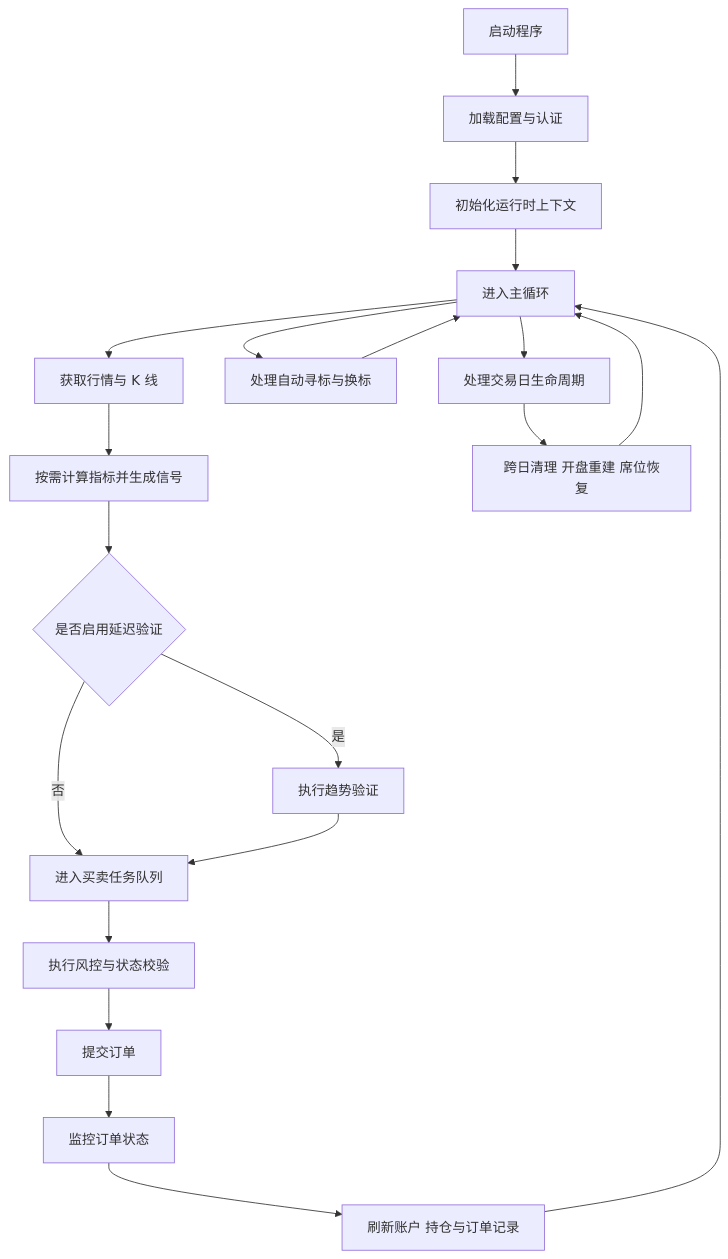
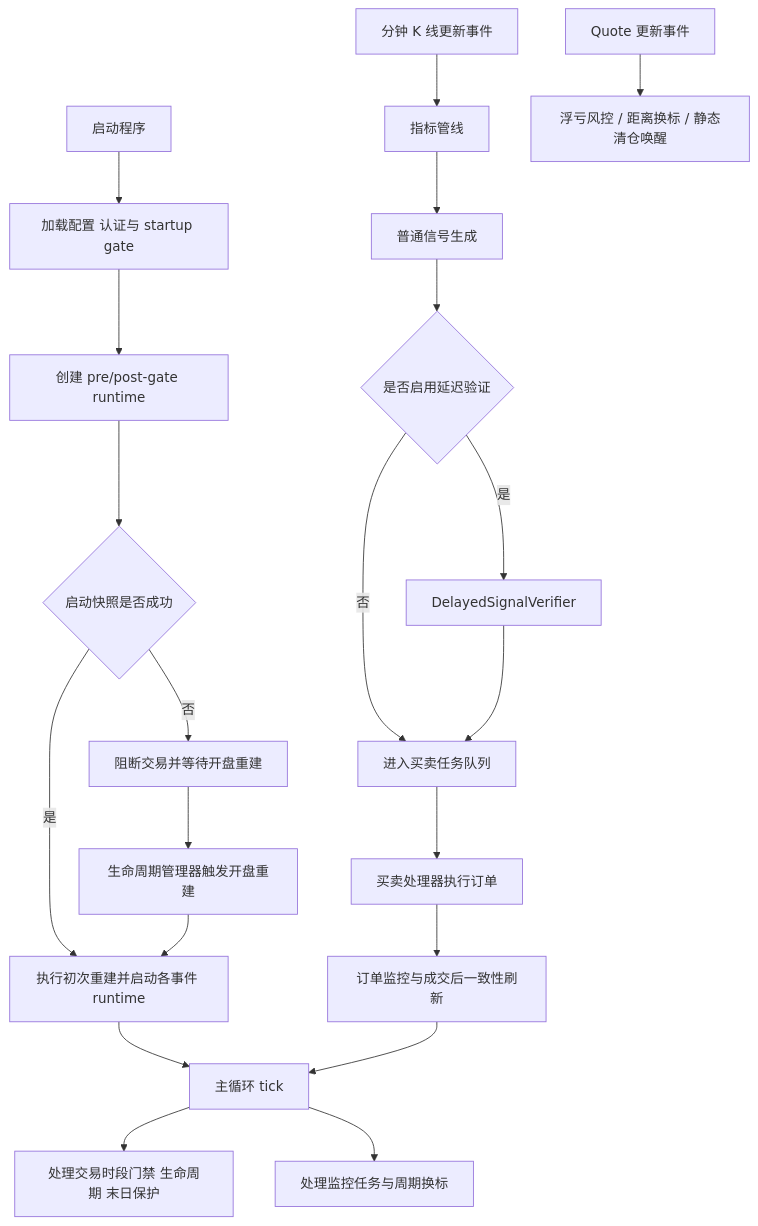
The diagram in README.md (zhengyongjie16/Longbridge-Quantitative-Trading), drawn with Mermaid before and after one commit. The commit also changed other lines of this file and 3 other files, not shown here.

````diff
--- a/README.md
+++ b/README.md
@@ -198,26 +209,26 @@
 ```mermaid
 flowchart TD
-    A[启动程序] --> B[加载配置与认证]
-    B --> C[初始化运行时上下文]
-    C --> D[进入主循环]
+    A[启动程序] --> B[加载配置 认证与 startup gate]
+    B --> C[创建 pre/post-gate runtime]
+    C --> D{启动快照是否成功}
+    D -- 是 --> E[执行初次重建并启动各事件 runtime]
+    D -- 否 --> F[阻断交易并等待开盘重建]
+    F --> G[生命周期管理器触发开盘重建]
+    G --> E
 
-    D --> E[获取行情与 K 线]
-    E --> F[按需计算指标并生成信号]
-    F --> G{是否启用延迟验证}
-    G -- 否 --> H[进入买卖任务队列]
-    G -- 是 --> I[执行趋势验证]
-    I --> H
+    E --> H[主循环 tick]
+    H --> I[处理交易时段门禁 生命周期 末日保护]
+    H --> J[处理监控任务与周期换标]
 
-    H --> J[执行风控与状态校验]
-    J --> K[提交订单]
-    K --> L[监控订单状态]
-    L --> M[刷新账户 持仓与订单记录]
-    M --> D
+    K[分钟 K 线更新事件] --> L[指标管线]
+    L --> M[普通信号生成]
+    M --> N{是否启用延迟验证}
+    N -- 否 --> O[进入买卖任务队列]
+    N -- 是 --> P[DelayedSignalVerifier]
+    P --> O
 
-    D --> N[处理自动寻标与换标]
-    N --> D
-
-    D --> O[处理交易日生命周期]
-    O --> P[跨日清理 开盘重建 席位恢复]
-    P --> D
+    Q[Quote 更新事件] --> R[浮亏风控 / 距离换标 / 静态清仓唤醒]
+    O --> S[买卖处理器执行订单]
+    S --> T[订单监控与成交后一致性刷新]
+    T --> H
 ```
````
